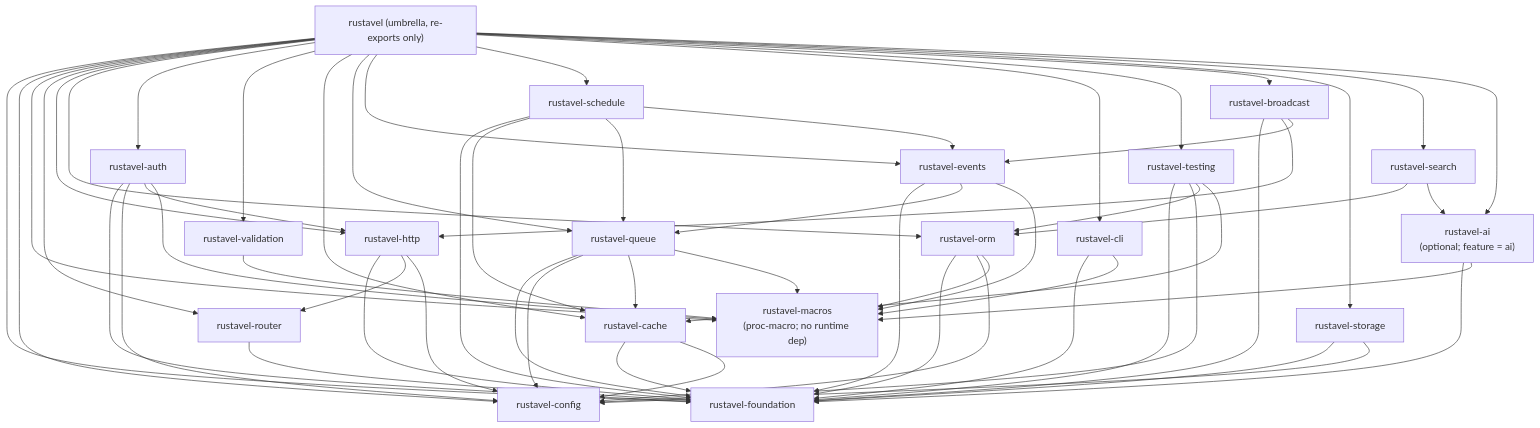
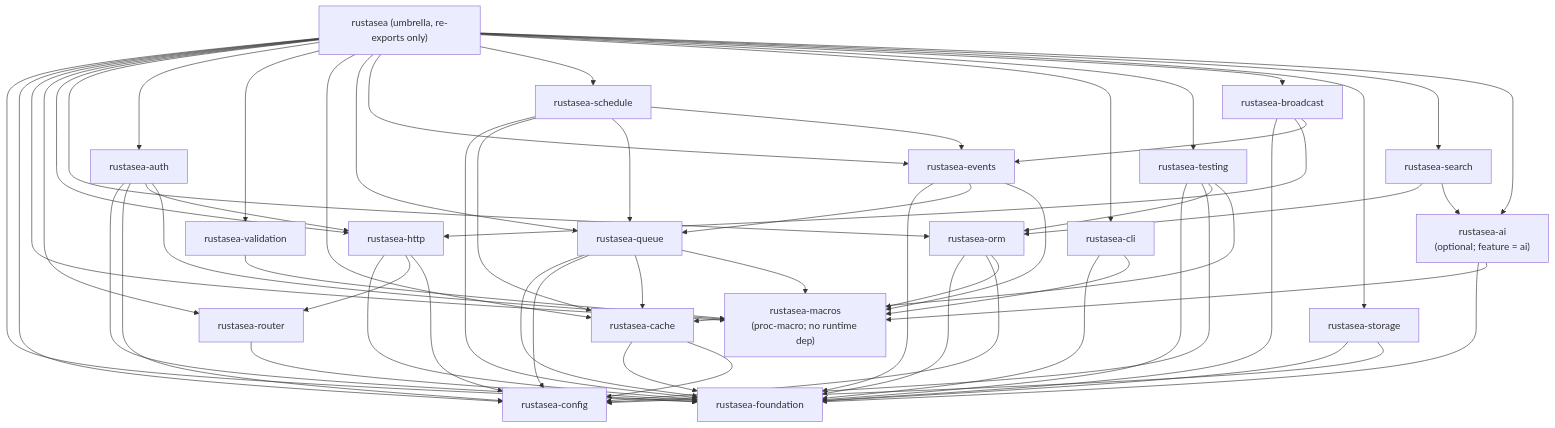
One commit to rustasea/rustasea changed the second of 2 diagrams in .agents/documents/application/presentation-brief.md. Above: the diagram before and after it, drawn with Mermaid. The commit also changed other lines of this file and 405 other files, not shown here.

````diff
--- a/.agents/documents/application/presentation-brief.md
+++ b/.agents/documents/application/presentation-brief.md
@@ -240,39 +240,39 @@
 ```mermaid
 flowchart TB
-  UMBRELLA["rustavel (umbrella, re-exports only)"]
-  FND["rustavel-foundation"]
-  CFG["rustavel-config"]
-  MAC["rustavel-macros<br/>(proc-macro; no runtime dep)"]
-  RTR["rustavel-router"]
-  RHTTP["rustavel-http"]
-  ORM["rustavel-orm"]
-  AUTH["rustavel-auth"]
-  VAL["rustavel-validation"]
-  CACHE["rustavel-cache"]
-  QUEUE["rustavel-queue"]
-  EVENTS["rustavel-events"]
-  SCHED["rustavel-schedule"]
-  CLI["rustavel-cli"]
-  TESTING["rustavel-testing"]
-  BC["rustavel-broadcast"]
-  STOR["rustavel-storage"]
-  SEARCH["rustavel-search"]
-  AI["rustavel-ai<br/>(optional; feature = ai)"]
+  UMBRELLA["rustasea (umbrella, re-exports only)"]
+  FND["rustasea-foundation"]
+  CFG["rustasea-config"]
+  MAC["rustasea-macros<br/>(proc-macro; no runtime dep)"]
+  RTR["rustasea-router"]
+  RHTTP["rustasea-http"]
+  ORM["rustasea-orm"]
+  AUTH["rustasea-auth"]
+  VAL["rustasea-validation"]
+  CACHE["rustasea-cache"]
+  QUEUE["rustasea-queue"]
+  EVENTS["rustasea-events"]
+  SCHED["rustasea-schedule"]
+  CLI["rustasea-cli"]
+  TESTING["rustasea-testing"]
+  BC["rustasea-broadcast"]
+  STOR["rustasea-storage"]
+  SEARCH["rustasea-search"]
+  AI["rustasea-ai<br/>(optional; feature = ai)"]
 
   UMBRELLA --> FND & CFG & MAC & RTR & RHTTP & ORM & AUTH & VAL & CACHE & QUEUE & EVENTS & SCHED & CLI & TESTING & BC & STOR & SEARCH & AI
   RTR --> FND
   RHTTP --> FND & RTR & CFG
   ORM --> FND & CFG & MAC
   AUTH --> FND & CFG & RHTTP & MAC
   VAL --> MAC
   CACHE --> FND & CFG
   QUEUE --> FND & CFG & CACHE & MAC
   EVENTS --> FND & QUEUE & MAC
   SCHED --> FND & CACHE & QUEUE & EVENTS
   CLI --> FND & MAC
   TESTING --> FND & CFG & ORM & CACHE
   BC --> FND & RHTTP & EVENTS
   STOR --> FND & CFG
   SEARCH --> ORM & AI
   AI --> FND & MAC
 ```
````
